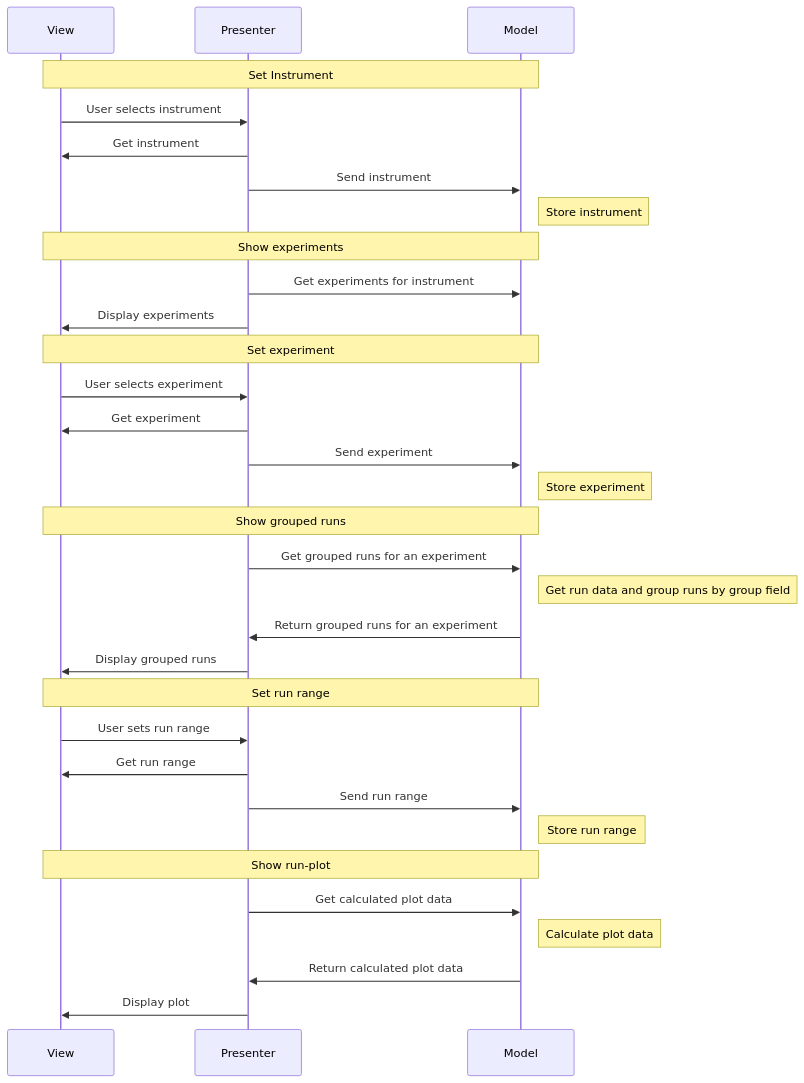
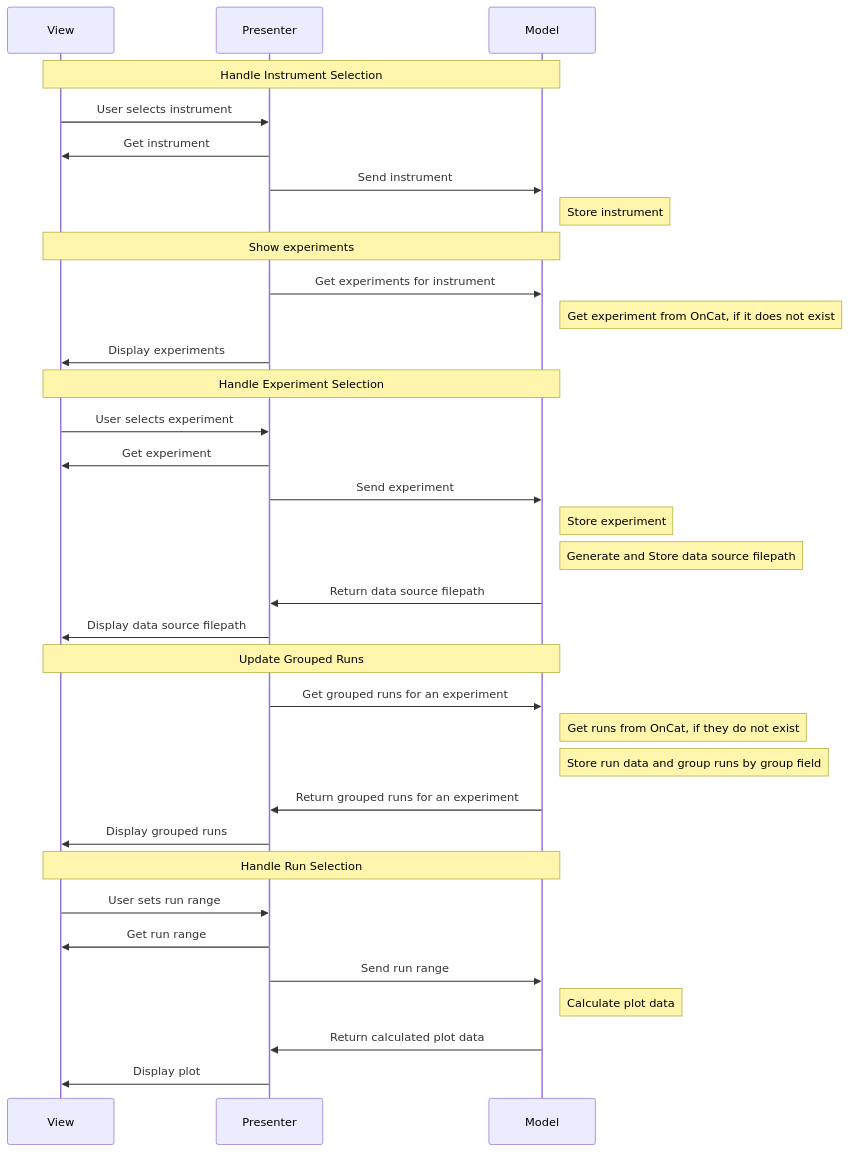
Before and after one commit to neutrons/garnet: the fifth of 6 diagrams in docs/source/design/oncat_mvp.rst, drawn with Mermaid. The commit also changed other lines of this file and 6 other files, not shown here.

```diff
--- a/docs/source/design/oncat_mvp.rst
+++ b/docs/source/design/oncat_mvp.rst
@@ -126,40 +130,41 @@
 .. mermaid::
 
     sequenceDiagram
         participant View
         participant Presenter
         participant Model
 
-        Note over View,Model: Set Instrument
+        Note over View,Model: Handle Instrument Selection
         View->>Presenter: User selects instrument
         Presenter->>View: Get instrument
         Presenter->>Model: Send instrument
         Note right of Model: Store instrument
 
         Note over View,Model: Show experiments
         Presenter->>Model: Get experiments for instrument
+        Note right of Model: Get experiment from OnCat, if it does not exist
         Presenter->>View: Display experiments
 
-        Note over View,Model: Set experiment
+        Note over View,Model: Handle Experiment Selection
         View->>Presenter: User selects experiment
         Presenter->>View: Get experiment
         Presenter->>Model: Send experiment
         Note right of Model: Store experiment
+        Note right of Model: Generate and Store data source filepath
+        Model->>Presenter: Return data source filepath
+        Presenter->>View: Display data source filepath
 
-        Note over View,Model: Show grouped runs
+        Note over View,Model: Update Grouped Runs
         Presenter->>Model: Get grouped runs for an experiment
-        Note right of Model: Get run data and group runs by group field
+        Note right of Model: Get runs from OnCat, if they do not exist
+        Note right of Model: Store run data and group runs by group field
         Model->>Presenter: Return grouped runs for an experiment
         Presenter->>View: Display grouped runs
 
-        Note over View,Model: Set run range
+        Note over View,Model: Handle Run Selection
         View->>Presenter: User sets run range
         Presenter->>View: Get run range
         Presenter->>Model: Send run range
-        Note right of Model: Store run range
-
-        Note over View,Model: Show run-plot
-        Presenter->>Model: Get calculated plot data
         Note right of Model: Calculate plot data
         Model->>Presenter: Return calculated plot data
         Presenter->>View: Display plot
```
